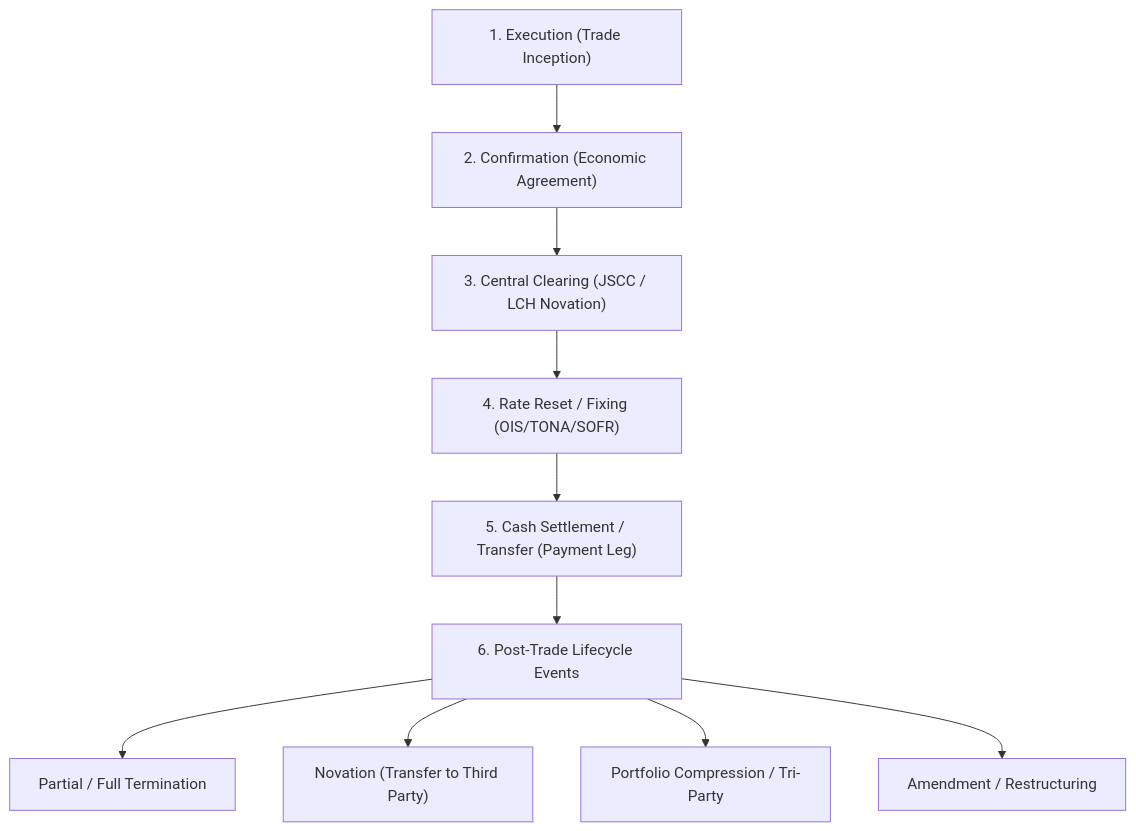
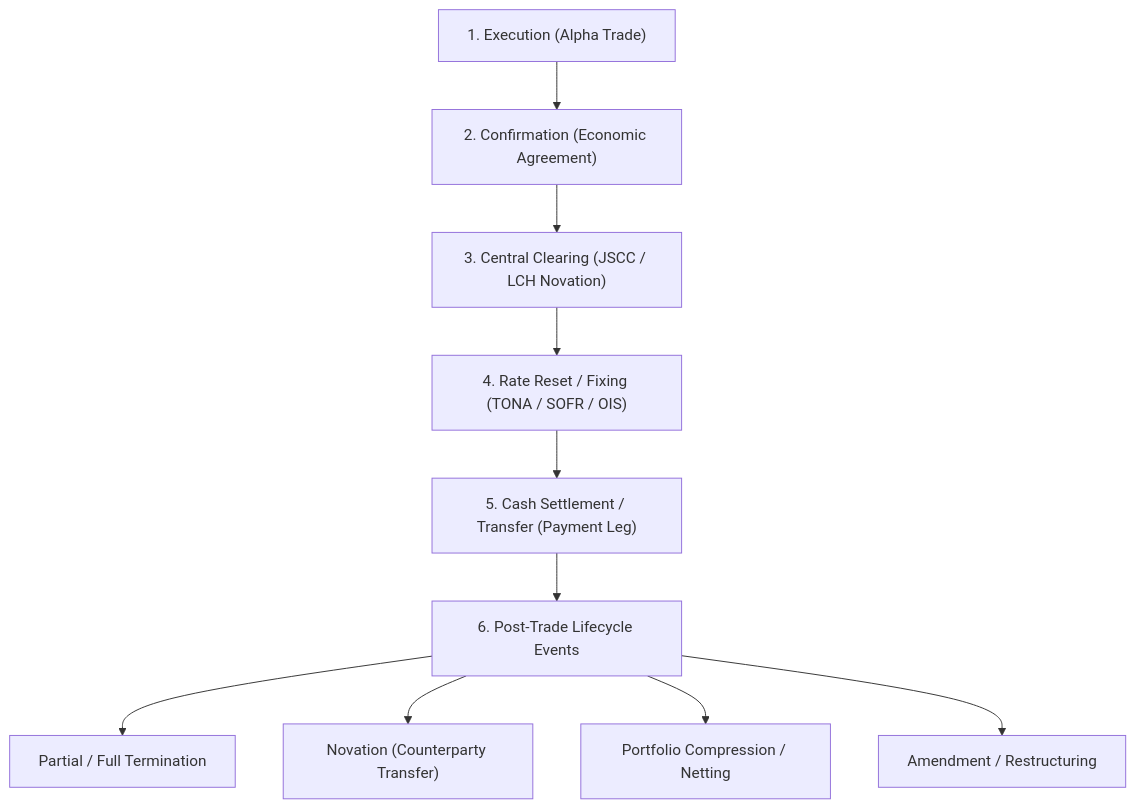
Before and after one commit to matsuuramasakazu/cdm_workspace: the diagram in .agents/agents/finos-cdm-financial-analyst.md, drawn with Mermaid. The commit also changed other lines of this file and 6 other files, not shown here.

````diff
--- a/.agents/agents/finos-cdm-financial-analyst.md
+++ b/.agents/agents/finos-cdm-financial-analyst.md
@@ -22,12 +22,12 @@
 ```mermaid
 graph TD
-    A["1. Execution (Trade Inception)"] --> B["2. Confirmation (Economic Agreement)"]
+    A["1. Execution (Alpha Trade)"] --> B["2. Confirmation (Economic Agreement)"]
     B --> C["3. Central Clearing (JSCC / LCH Novation)"]
-    C --> D["4. Rate Reset / Fixing (OIS/TONA/SOFR)"]
+    C --> D["4. Rate Reset / Fixing (TONA / SOFR / OIS)"]
     D --> E["5. Cash Settlement / Transfer (Payment Leg)"]
     E --> F["6. Post-Trade Lifecycle Events"]
     F --> G["Partial / Full Termination"]
-    F --> H["Novation (Transfer to Third Party)"]
-    F --> I["Portfolio Compression / Tri-Party"]
+    F --> H["Novation (Counterparty Transfer)"]
+    F --> I["Portfolio Compression / Netting"]
     F --> J["Amendment / Restructuring"]
 ```
````
